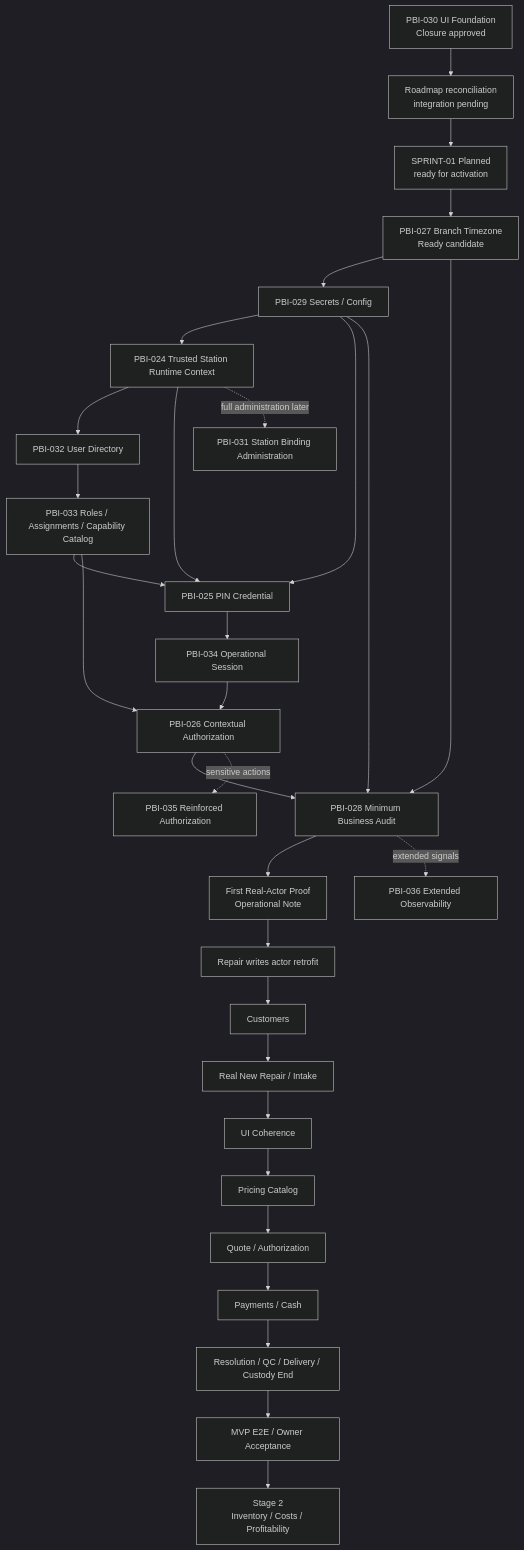
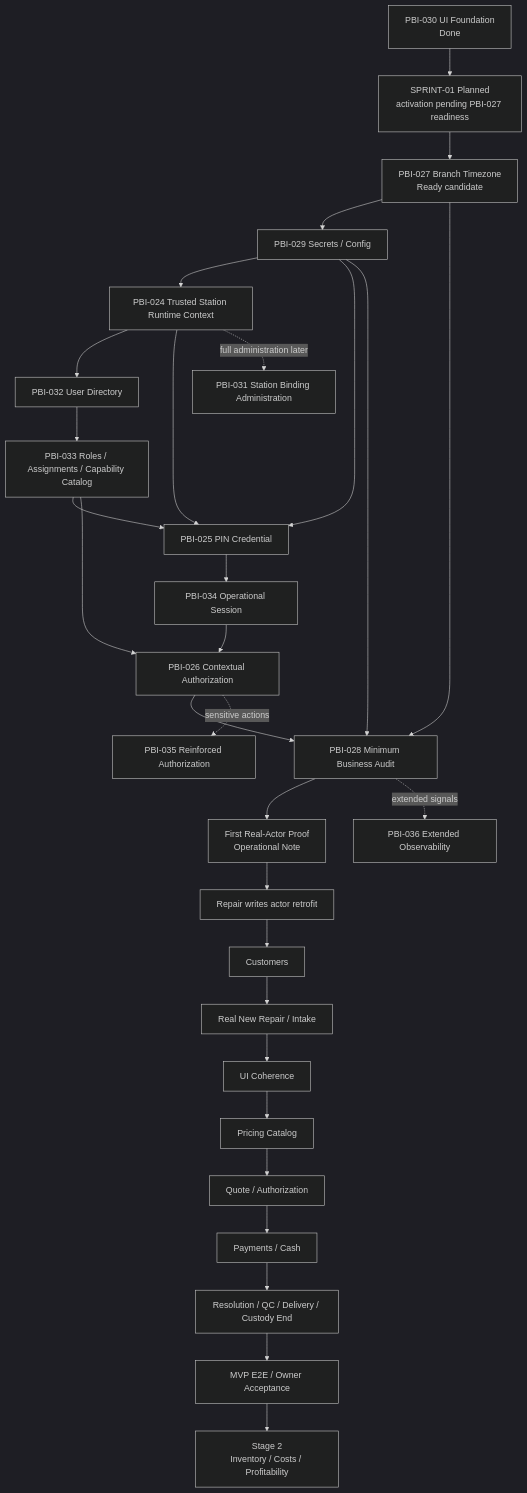
Before and after one commit to luisgtzaviles/SrTaller-2.0: the diagram in docs/backlog/DEPENDENCY_MAP.md, drawn with Mermaid (dark theme). The commit also changed other lines of this file and 20 other files, not shown here.

Commit message:
docs: advance roadmap after pbi-030 closure

````diff
--- a/docs/backlog/DEPENDENCY_MAP.md
+++ b/docs/backlog/DEPENDENCY_MAP.md
@@ -13,33 +13,32 @@
 ```mermaid
 flowchart TD
-    P30[PBI-030 UI Foundation<br/>Closure approved] --> R[Roadmap reconciliation<br/>integration pending]
-    R --> S1[SPRINT-01 Planned<br/>ready for activation]
+    P30[PBI-030 UI Foundation<br/>Done] --> S1[SPRINT-01 Planned<br/>activation pending PBI-027 readiness]
     S1 --> P27[PBI-027 Branch Timezone<br/>Ready candidate]
     P27 --> P29[PBI-029 Secrets / Config]
     P29 --> P24[PBI-024 Trusted Station Runtime Context]
     P24 --> P32[PBI-032 User Directory]
     P32 --> P33[PBI-033 Roles / Assignments / Capability Catalog]
     P33 --> P25[PBI-025 PIN Credential]
     P24 --> P25
     P29 --> P25
     P25 --> P34[PBI-034 Operational Session]
     P34 --> P26[PBI-026 Contextual Authorization]
     P33 --> P26
     P26 --> P28[PBI-028 Minimum Business Audit]
     P27 --> P28
     P29 --> P28
     P28 --> NOTE[First Real-Actor Proof<br/>Operational Note]
     NOTE --> RETRO[Repair writes actor retrofit]
     RETRO --> CUSTOMERS[Customers]
     CUSTOMERS --> INTAKE[Real New Repair / Intake]
     INTAKE --> POLISH[UI Coherence]
     POLISH --> PRICING[Pricing Catalog]
     PRICING --> QUOTE[Quote / Authorization]
     QUOTE --> MONEY[Payments / Cash]
     MONEY --> DELIVERY[Resolution / QC / Delivery / Custody End]
     DELIVERY --> MVP[MVP E2E / Owner Acceptance]
     P24 -. full administration later .-> P31[PBI-031 Station Binding Administration]
     P26 -. sensitive actions .-> P35[PBI-035 Reinforced Authorization]
     P28 -. extended signals .-> P36[PBI-036 Extended Observability]
     MVP --> STAGE2[Stage 2<br/>Inventory / Costs / Profitability]
 ```
````
